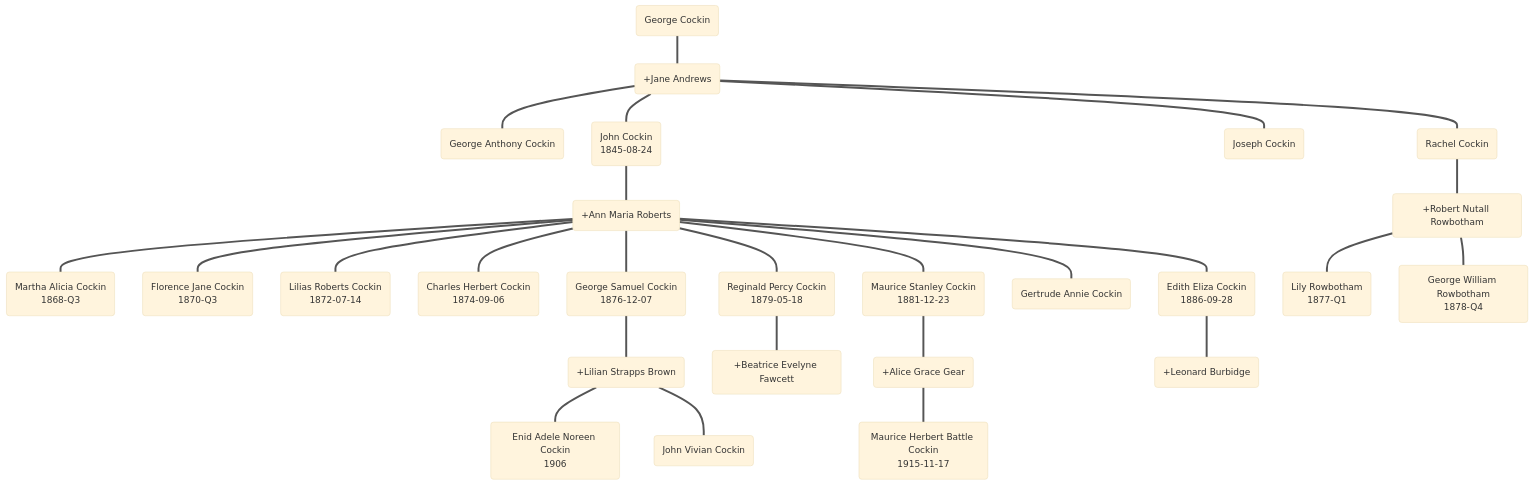
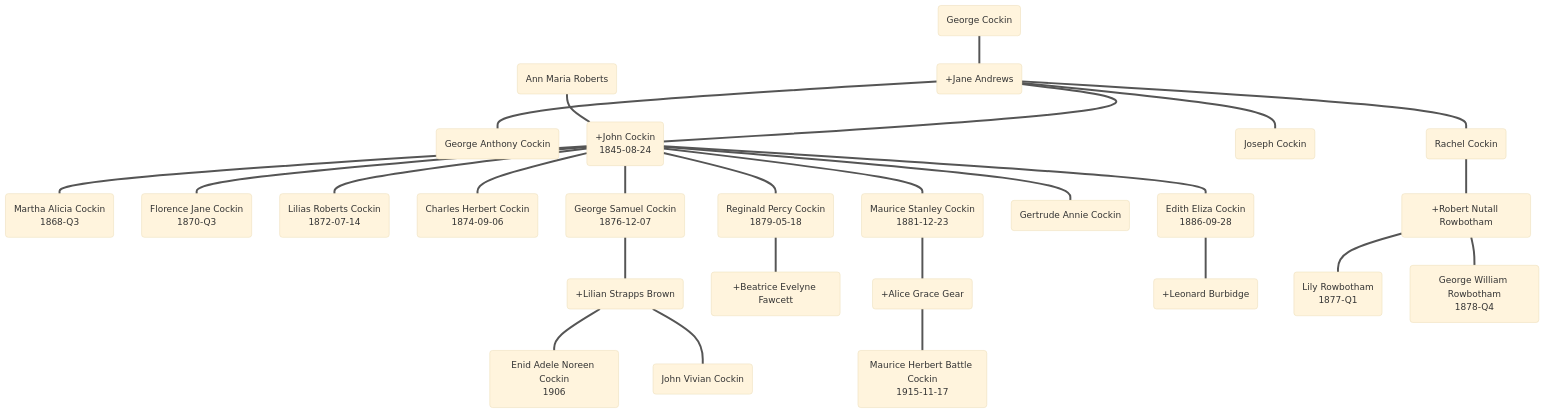
The diagram in src-content/branch/diagrams/cockin.md (soul-family/family-tree), drawn with Mermaid (base theme) before and after one commit. The commit also changed 36 other files, not shown here.

````diff
--- a/src-content/branch/diagrams/cockin.md
+++ b/src-content/branch/diagrams/cockin.md
@@ -3,30 +3,30 @@
 ```mermaid
 flowchart TD
     george_cockin(George Cockin) === jane_andrews(+Jane Andrews)
     jane_andrews === george_anthony_cockin(George Anthony Cockin)
     jane_andrews === 1845_john_cockin(John Cockin<br/>1845-08-24)
     jane_andrews === joseph_cockin(Joseph Cockin)
     jane_andrews === rachel_cockin(Rachel Cockin)
-    1845_john_cockin === 1842_ann_maria_roberts(+Ann Maria Roberts)
-    1842_ann_maria_roberts === 1868_martha_alicia_cockin(Martha Alicia Cockin<br/>1868-Q3)
-    1842_ann_maria_roberts === 1870_florence_jane_cockin(Florence Jane Cockin<br/>1870-Q3)
-    1842_ann_maria_roberts === 1872_lilias_roberts_cockin(Lilias Roberts Cockin<br/>1872-07-14)
-    1842_ann_maria_roberts === 1874_charles_herbert_cockin(Charles Herbert Cockin<br/>1874-09-06)
-    1842_ann_maria_roberts === 1876_george_samuel_cockin(George Samuel Cockin<br/>1876-12-07)
-    1842_ann_maria_roberts === 1879_reginald_percy_cockin(Reginald Percy Cockin<br/>1879-05-18)
-    1842_ann_maria_roberts === 1881_maurice_stanley_cockin(Maurice Stanley Cockin<br/>1881-12-23)
-    1842_ann_maria_roberts === 1885_gertrude_annie_cockin(Gertrude Annie Cockin)
-    1842_ann_maria_roberts === 1886_edith_eliza_cockin(Edith Eliza Cockin<br/>1886-09-28)
-    1876_george_samuel_cockin === lilian_strapps_brown(+Lilian Strapps Brown)
-    lilian_strapps_brown === 1906_enid_adele_noreen_cockin(Enid Adele Noreen Cockin<br/>1906)
-    lilian_strapps_brown === john_vivian_cockin(John Vivian Cockin)
-    1879_reginald_percy_cockin === beatrice_evelyne_fawcett(+Beatrice Evelyne Fawcett)
-    1881_maurice_stanley_cockin === alice_grace_gear(+Alice Grace Gear)
-    alice_grace_gear === 1915_maurice_herbert_battle_cockin(Maurice Herbert Battle Cockin<br/>1915-11-17)
-    1886_edith_eliza_cockin === leonard_burbidge(+Leonard Burbidge)
-    rachel_cockin === robert_nutall_rowbotham(+Robert Nutall Rowbotham)
-    robert_nutall_rowbotham === 1877_lily_rowbotham(Lily Rowbotham<br/>1877-Q1)
-    robert_nutall_rowbotham === 1878_george_william_rowbotham(George William Rowbotham<br/>1878-Q4)
+    ann_roberts(Ann Maria Roberts) === 1845_john_cockin(+John Cockin<br/>1845-08-24)
+    1845_john_cockin === 1868_martha_cockin(Martha Alicia Cockin<br/>1868-Q3)
+    1845_john_cockin === 1870_florence_cockin(Florence Jane Cockin<br/>1870-Q3)
+    1845_john_cockin === 1872_lilias_cockin(Lilias Roberts Cockin<br/>1872-07-14)
+    1845_john_cockin === 1874_charles_cockin(Charles Herbert Cockin<br/>1874-09-06)
+    1845_john_cockin === 1876_george_cockin(George Samuel Cockin<br/>1876-12-07)
+    1845_john_cockin === 1879_reginald_cockin(Reginald Percy Cockin<br/>1879-05-18)
+    1845_john_cockin === 1881_maurice_cockin(Maurice Stanley Cockin<br/>1881-12-23)
+    1845_john_cockin === gertrude_cockin(Gertrude Annie Cockin)
+    1845_john_cockin === 1886_edith_cockin(Edith Eliza Cockin<br/>1886-09-28)
+    1876_george_cockin === lilian_brown(+Lilian Strapps Brown)
+    lilian_brown === 1906_enid_cockin(Enid Adele Noreen Cockin<br/>1906)
+    lilian_brown === john_cockin(John Vivian Cockin)
+    1879_reginald_cockin === beatrice_fawcett(+Beatrice Evelyne Fawcett)
+    1881_maurice_cockin === alice_gear(+Alice Grace Gear)
+    alice_gear === 1915_maurice_cockin(Maurice Herbert Battle Cockin<br/>1915-11-17)
+    1886_edith_cockin === leonard_burbidge(+Leonard Burbidge)
+    rachel_cockin === robert_rowbotham(+Robert Nutall Rowbotham)
+    robert_rowbotham === 1877_lily_rowbotham(Lily Rowbotham<br/>1877-Q1)
+    robert_rowbotham === 1878_george_rowbotham(George William Rowbotham<br/>1878-Q4)
 
     linkStyle default stroke:#555
 ```
````
